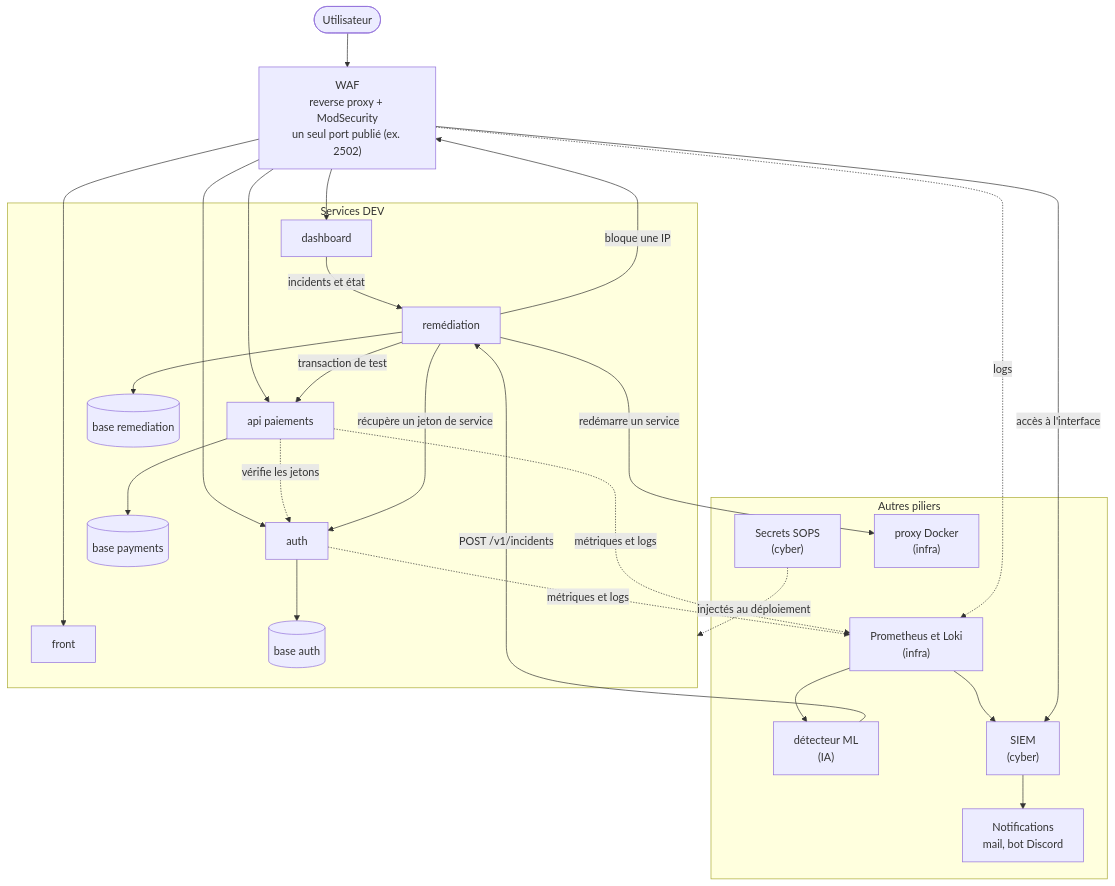
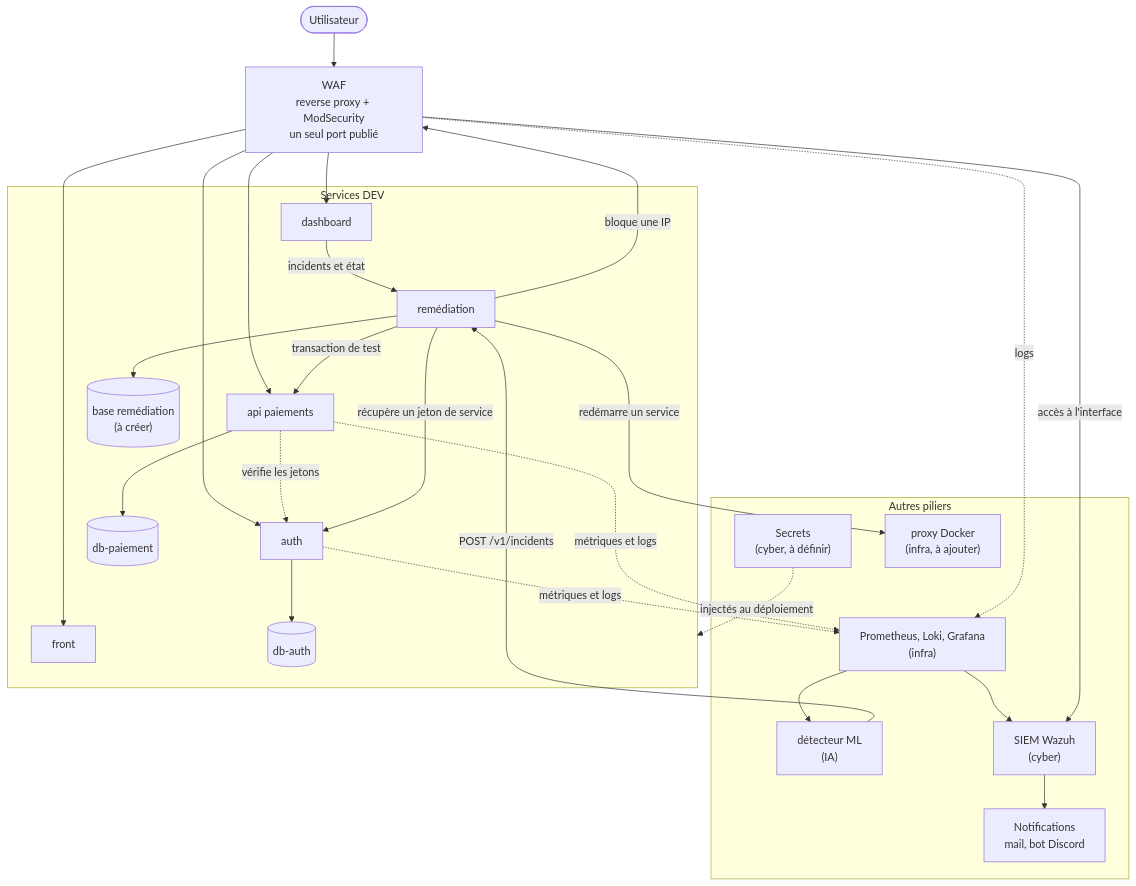
The first of 2 diagrams in docs/architecture.md (itsarnaud/resilience-alpha), drawn with Mermaid before and after one commit. The commit also changed other lines of this file, not shown here.

Commit message:
docs: align architecture with infra compose and list gaps to fix

````diff
--- a/docs/architecture.md
+++ b/docs/architecture.md
@@ -20,52 +20,52 @@
 ```mermaid
 flowchart TB
   user([Utilisateur])
-  waf["WAF<br/>reverse proxy + ModSecurity<br/>un seul port publié (ex. 2502)"]
+  waf["WAF<br/>reverse proxy + ModSecurity<br/>un seul port publié"]
 
   subgraph dev["Services DEV"]
     front["front"]
     dash["dashboard"]
     auth["auth"]
     api["api paiements"]
     rem["remédiation"]
-    dba[("base auth")]
-    dbp[("base payments")]
-    dbr[("base remediation")]
+    dba[("db-auth")]
+    dbp[("db-paiement")]
+    dbr[("base remédiation<br/>(à créer)")]
   end
 
   subgraph ext["Autres piliers"]
-    obs["Prometheus et Loki<br/>(infra)"]
+    obs["Prometheus, Loki, Grafana<br/>(infra)"]
     ml["détecteur ML<br/>(IA)"]
-    siem["SIEM<br/>(cyber)"]
+    siem["SIEM Wazuh<br/>(cyber)"]
     notif["Notifications<br/>mail, bot Discord"]
-    secrets["Secrets SOPS<br/>(cyber)"]
-    docker["proxy Docker<br/>(infra)"]
+    secrets["Secrets<br/>(cyber, à définir)"]
+    docker["proxy Docker<br/>(infra, à ajouter)"]
   end
 
   user --> waf
   waf --> front
   waf --> dash
   waf --> auth
   waf --> api
 
   auth --> dba
   api --> dbp
   rem --> dbr
 
   api -. "vérifie les jetons" .-> auth
   rem -- "récupère un jeton de service" --> auth
   rem -- "transaction de test" --> api
   dash -- "incidents et état" --> rem
 
   auth -. "métriques et logs" .-> obs
   api -. "métriques et logs" .-> obs
   waf -. "logs" .-> obs
   obs --> ml
   obs --> siem
   waf -- "accès à l'interface" --> siem
   siem --> notif
   secrets -. "injectés au déploiement" .-> dev
   ml -- "POST /v1/incidents" --> rem
   rem -- "bloque une IP" --> waf
   rem -- "redémarre un service" --> docker
 ```
````
